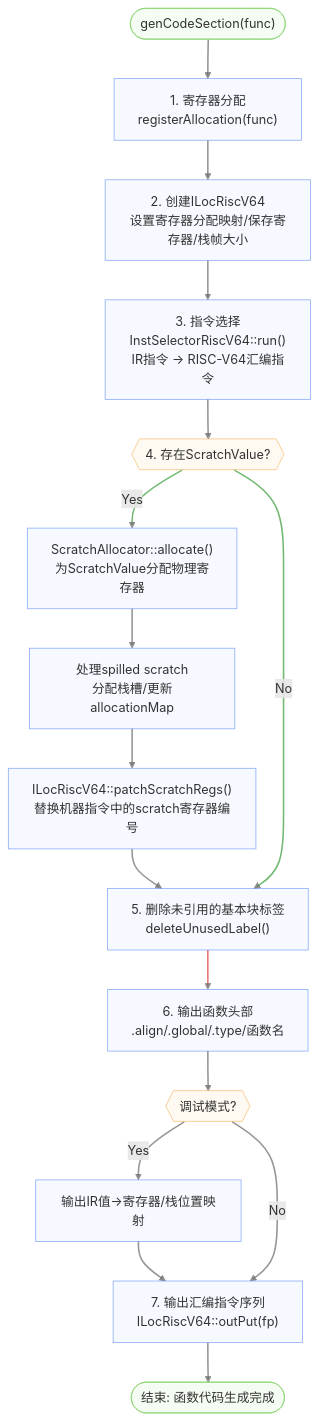
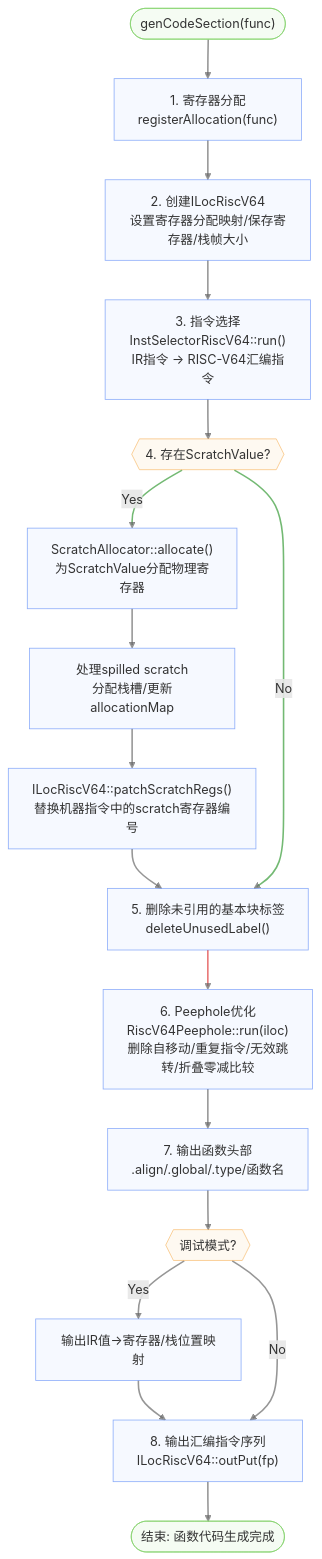
One commit to LLLLLLLLazy/compiler-lite changed the third of 4 diagrams in docs/backend-overview.md. Above: the diagram before and after it, drawn with Mermaid. The commit also changed other lines of this file and 19 other files, not shown here.

````diff
--- a/docs/backend-overview.md
+++ b/docs/backend-overview.md
@@ -66,38 +66,40 @@
 ```mermaid
 flowchart TD
     Start(["genCodeSection(func)"]) --> RegAlloc["1. 寄存器分配<br>registerAllocation(func)"]
 
     RegAlloc --> CreateILoc["2. 创建ILocRiscV64<br>设置寄存器分配映射/保存寄存器/栈帧大小"]
 
     CreateILoc --> InstSelect["3. 指令选择<br>InstSelectorRiscV64::run()<br>IR指令 → RISC-V64汇编指令"]
 
     InstSelect --> ScratchCheck{{"4. 存在ScratchValue?"}}
     ScratchCheck -- "Yes" --> ScratchAlloc["ScratchAllocator::allocate()<br>为ScratchValue分配物理寄存器"]
     ScratchAlloc --> ScratchProcess["处理spilled scratch<br>分配栈槽/更新allocationMap"]
     ScratchProcess --> Patchup["ILocRiscV64::patchScratchRegs()<br>替换机器指令中的scratch寄存器编号"]
     Patchup --> CleanLabel
 
     ScratchCheck -- "No" --> CleanLabel["5. 删除未引用的基本块标签<br>deleteUnusedLabel()"]
 
-    CleanLabel --> Output["6. 输出函数头部<br>.align/.global/.type/函数名"]
+    CleanLabel --> Peephole["6. Peephole优化<br>RiscV64Peephole::run(iloc)<br>删除自移动/重复指令/无效跳转/折叠零减比较"]
+
+    Peephole --> Output["7. 输出函数头部<br>.align/.global/.type/函数名"]
     Output --> DebugCheck{{"调试模式?"}}
     DebugCheck -- "Yes" --> DebugOut["输出IR值→寄存器/栈位置映射"]
     DebugOut --> AsmOut
-    DebugCheck -- "No" --> AsmOut["7. 输出汇编指令序列<br>ILocRiscV64::outPut(fp)"]
+    DebugCheck -- "No" --> AsmOut["8. 输出汇编指令序列<br>ILocRiscV64::outPut(fp)"]
     AsmOut --> End(["结束: 函数代码生成完成"])
 
     %%Node styles
     classDef default fill:#E2EAFE4F,stroke:#5A88F6AF
     classDef endNode fill:#DDF4D84F,stroke:#7DCF62AF
     classDef decisionNode fill:#FCEBD34f,stroke:#F6AA4BAF
 
     %%Link styles
     linkStyle default stroke:#666666AF,stroke-width:2px
     linkStyle 4 stroke:#339933AF,stroke-width:2px
     linkStyle 8 stroke:#339933AF,stroke-width:2px
     linkStyle 9 stroke:#DD3333AF,stroke-width:2px
 
     %%Node classes
     class Start,End endNode
     class ScratchCheck,DebugCheck decisionNode
 ```
````
